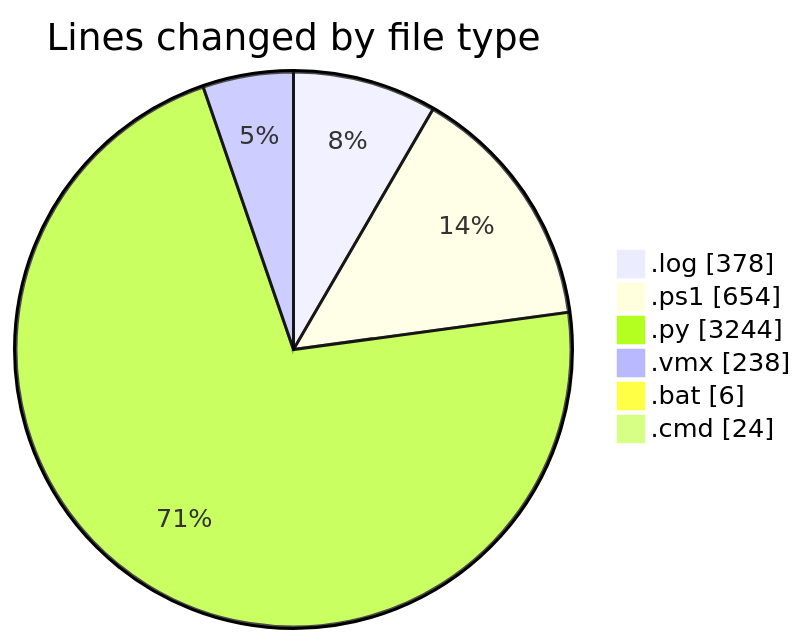
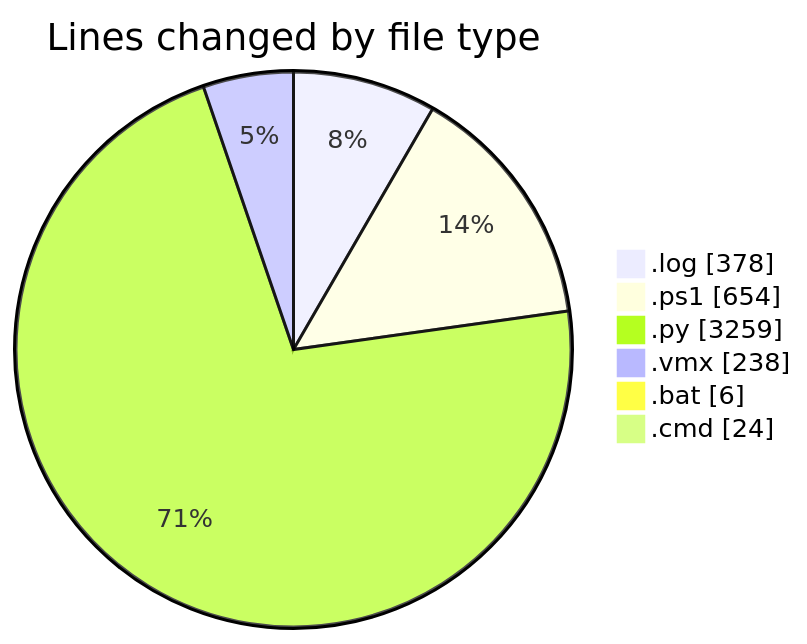
Before and after one commit to shibass792/code-tracking: the first of 2 diagrams in 2026-07-08/twenty_versions_aminor/README.md, drawn with Mermaid. The commit also changed other lines of this file and 1 other file, not shown here.

````diff
--- a/2026-07-08/twenty_versions_aminor/README.md
+++ b/2026-07-08/twenty_versions_aminor/README.md
@@ -35,10 +35,10 @@
 ```mermaid
 pie showData
 title Lines changed by file type
 ".log" : 378
 ".ps1" : 654
-".py" : 3244
+".py" : 3259
 ".vmx" : 238
 ".bat" : 6
 ".cmd" : 24
 ```
````
